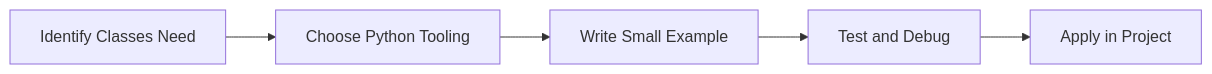
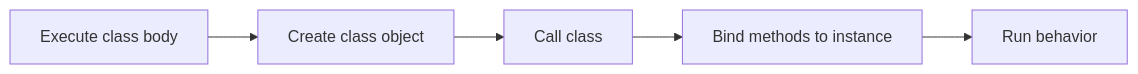
The diagram in Python-Mastery/Intermediate/02-classes.md (SYMOIZ/E-Learning-Portal), drawn with Mermaid before and after one commit. The commit also changed other lines of this file and 116 other files, not shown here.

````diff
--- a/Python-Mastery/Intermediate/02-classes.md
+++ b/Python-Mastery/Intermediate/02-classes.md
@@ -150,7 +163,7 @@
 ```mermaid
 flowchart LR
-    A[Identify Classes Need] --> B[Choose Python Tooling]
-    B --> C[Write Small Example]
-    C --> D[Test and Debug]
-    D --> E[Apply in Project]
+    A[Execute class body] --> B[Create class object]
+    B --> C[Call class]
+    C --> D[Bind methods to instance]
+    D --> E[Run behavior]
 ```
````
